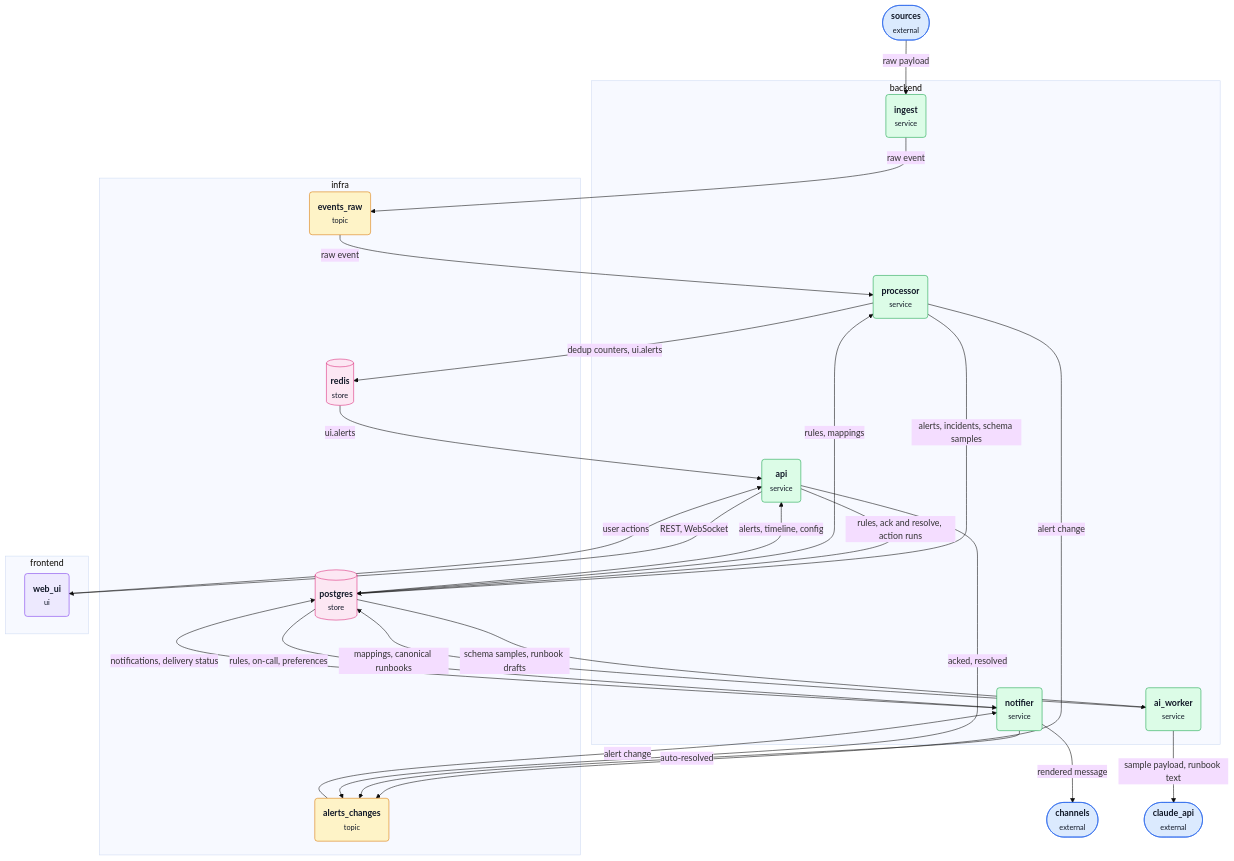
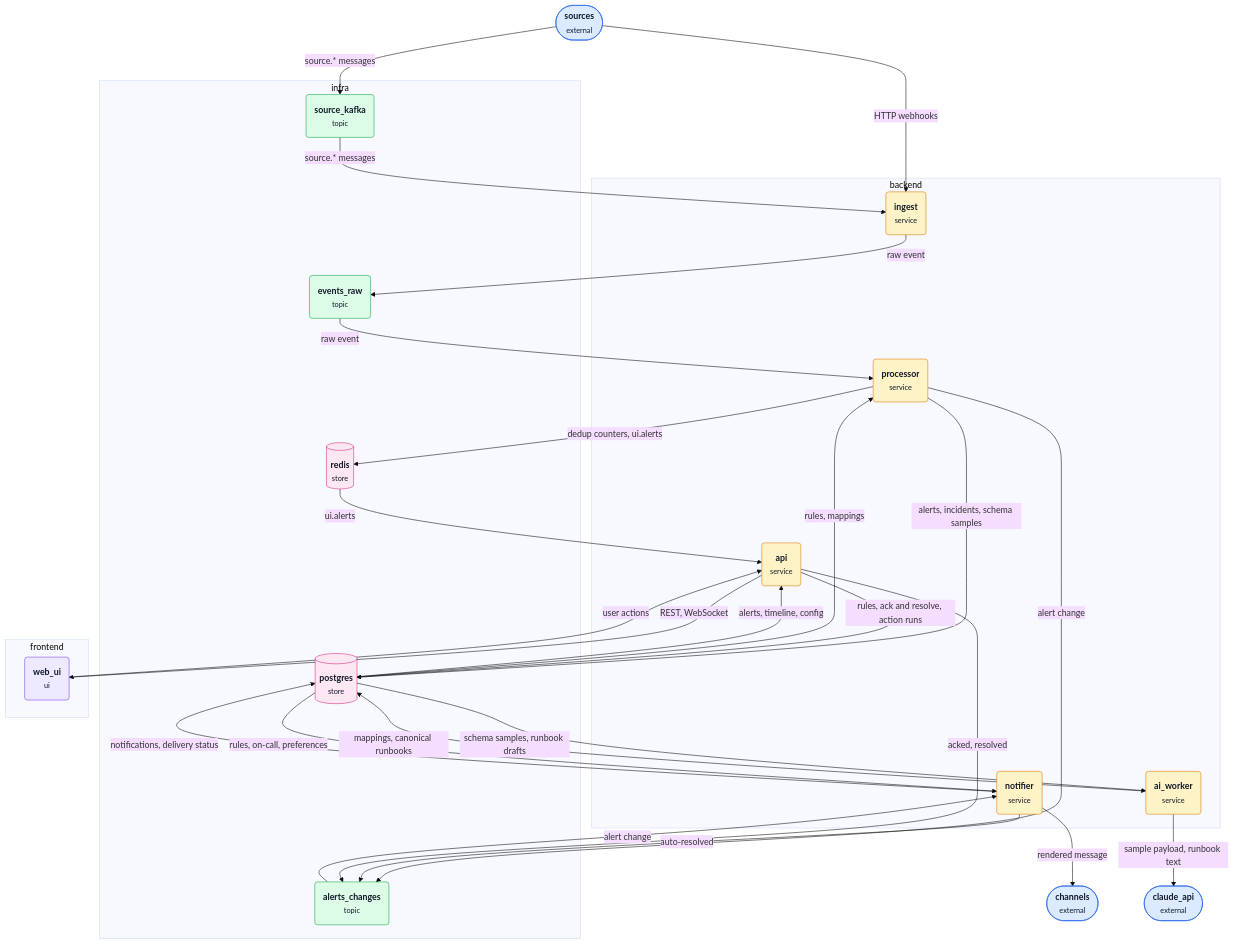
The diagram in OVERVIEW.md (glhfsox/Goldman-Sachs-hackathon), drawn with Mermaid (base theme) before and after one commit. The commit also changed other lines of this file and 6 other files, not shown here.

First line of the commit message:
Give sources their own Kafka cluster; glhfsox owns backend/ai-worker

````diff
--- a/OVERVIEW.md
+++ b/OVERVIEW.md
@@ -168,53 +168,56 @@
 ```mermaid
 flowchart TB
   n_sources(["<b>sources</b><br/><small>external</small>"])
   n_channels(["<b>channels</b><br/><small>external</small>"])
   n_claude_api(["<b>claude_api</b><br/><small>external</small>"])
+  subgraph a_infra ["infra"]
+    n_source_kafka("<b>source_kafka</b><br/><small>topic</small>")
+    n_events_raw("<b>events_raw</b><br/><small>topic</small>")
+    n_alerts_changes("<b>alerts_changes</b><br/><small>topic</small>")
+    n_redis[("<b>redis</b><br/><small>store</small>")]
+    n_postgres[("<b>postgres</b><br/><small>store</small>")]
+  end
   subgraph a_backend ["backend"]
     n_ingest("<b>ingest</b><br/><small>service</small>")
     n_processor("<b>processor</b><br/><small>service</small>")
     n_notifier("<b>notifier</b><br/><small>service</small>")
     n_api("<b>api</b><br/><small>service</small>")
     n_ai_worker("<b>ai_worker</b><br/><small>service</small>")
   end
-  subgraph a_infra ["infra"]
-    n_events_raw("<b>events_raw</b><br/><small>topic</small>")
-    n_alerts_changes("<b>alerts_changes</b><br/><small>topic</small>")
-    n_redis[("<b>redis</b><br/><small>store</small>")]
-    n_postgres[("<b>postgres</b><br/><small>store</small>")]
-  end
   subgraph a_frontend ["frontend"]
     n_web_ui("<b>web_ui</b><br/><small>ui</small>")
   end
-  n_sources -- "raw payload" --> n_ingest
+  n_sources -- "HTTP webhooks" --> n_ingest
+  n_sources -- "source.* messages" --> n_source_kafka
+  n_source_kafka -- "source.* messages" --> n_ingest
   n_ingest -- "raw event" --> n_events_raw
   n_events_raw -- "raw event" --> n_processor
   n_postgres -- "rules, mappings" --> n_processor
   n_processor -- "dedup counters, ui.alerts" --> n_redis
   n_processor -- "alerts, incidents, schema samples" --> n_postgres
   n_processor -- "alert change" --> n_alerts_changes
   n_alerts_changes -- "alert change" --> n_notifier
   n_postgres -- "rules, on-call, preferences" --> n_notifier
   n_notifier -- "notifications, delivery status" --> n_postgres
   n_notifier -- "auto-resolved" --> n_alerts_changes
   n_notifier -- "rendered message" --> n_channels
   n_redis -- "ui.alerts" --> n_api
   n_postgres -- "alerts, timeline, config" --> n_api
   n_api -- "rules, ack and resolve, action runs" --> n_postgres
   n_api -- "acked, resolved" --> n_alerts_changes
   n_api -- "REST, WebSocket" --> n_web_ui
   n_web_ui -- "user actions" --> n_api
   n_postgres -- "schema samples, runbook drafts" --> n_ai_worker
   n_ai_worker -- "mappings, canonical runbooks" --> n_postgres
   n_ai_worker -- "sample payload, runbook text" --> n_claude_api
   classDef k0 fill:#dbeafe,stroke:#2563eb,color:#111827
   class n_sources,n_channels,n_claude_api k0
   classDef k1 fill:#dcfce7,stroke:#16a34a,color:#111827
-  class n_ingest,n_processor,n_notifier,n_api,n_ai_worker k1
+  class n_source_kafka,n_events_raw,n_alerts_changes k1
   classDef k2 fill:#fef3c7,stroke:#d97706,color:#111827
-  class n_events_raw,n_alerts_changes k2
+  class n_ingest,n_processor,n_notifier,n_api,n_ai_worker k2
   classDef k3 fill:#fce7f3,stroke:#db2777,color:#111827
   class n_redis,n_postgres k3
   classDef k4 fill:#ede9fe,stroke:#7c3aed,color:#111827
   class n_web_ui k4
 ```
````
